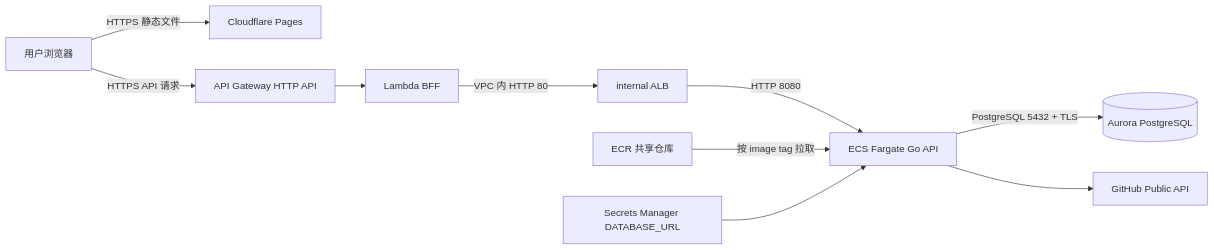
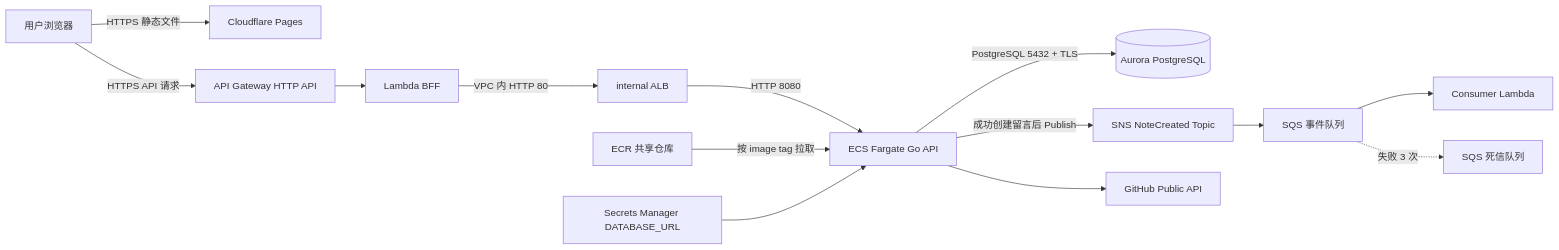
One commit to yuighjk/yy-aws-setting changed the first of 2 diagrams in docs/aws-architecture-design.md. Above: the diagram before and after it, drawn with Mermaid. The commit also changed other lines of this file and 23 other files, not shown here.

````diff
--- a/docs/aws-architecture-design.md
+++ b/docs/aws-architecture-design.md
@@ -22,12 +22,16 @@
 ```mermaid
 flowchart LR
     Browser[用户浏览器] -->|HTTPS 静态文件| Pages[Cloudflare Pages]
     Browser -->|HTTPS API 请求| APIGW[API Gateway HTTP API]
     APIGW --> BFF[Lambda BFF]
     BFF -->|VPC 内 HTTP 80| ALB[internal ALB]
     ALB -->|HTTP 8080| ECS[ECS Fargate Go API]
     ECS -->|PostgreSQL 5432 + TLS| Aurora[(Aurora PostgreSQL)]
+    ECS -->|成功创建留言后 Publish| SNS[SNS NoteCreated Topic]
+    SNS --> SQS[SQS 事件队列]
+    SQS --> Consumer[Consumer Lambda]
+    SQS -.失败 3 次.-> DLQ[SQS 死信队列]
     ECS --> GitHub[GitHub Public API]
     ECR[ECR 共享仓库] -->|按 image tag 拉取| ECS
     Secrets[Secrets Manager DATABASE_URL] --> ECS
 ```
````
